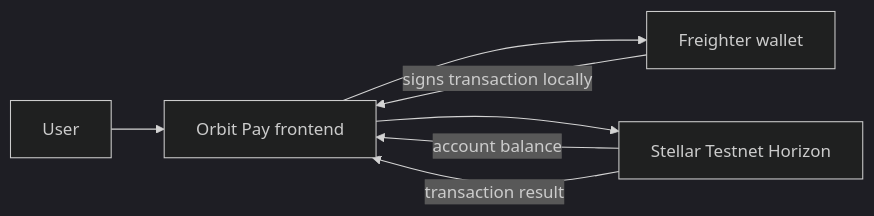
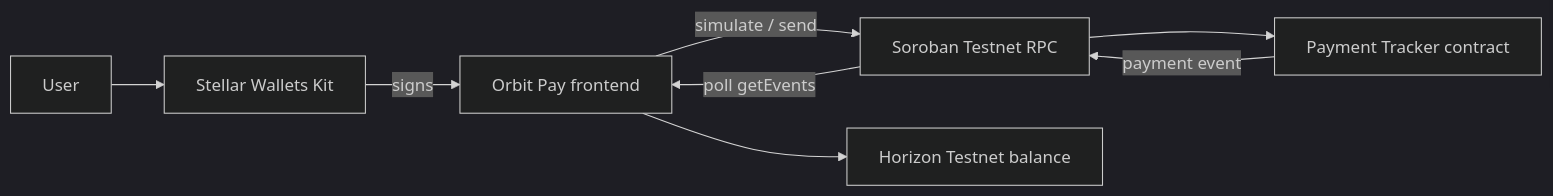
Before and after one commit to Hexdee/orbit-pay: the diagram in README.md, drawn with Mermaid (dark theme). The commit also changed other lines of this file and 2 other files, not shown here.

Commit message:
docs: document Yellow Belt architecture and evidence

````diff
--- a/README.md
+++ b/README.md
@@ -74,9 +80,10 @@
 ```mermaid
 flowchart LR
-  U[User] --> UI[Orbit Pay frontend]
-  UI --> F[Freighter wallet]
-  F -->|signs transaction locally| UI
-  UI --> H[Stellar Testnet Horizon]
-  H -->|account balance| UI
-  H -->|transaction result| UI
+  U[User] --> K[Stellar Wallets Kit]
+  K -->|signs| UI[Orbit Pay frontend]
+  UI -->|simulate / send| RPC[Soroban Testnet RPC]
+  RPC --> C[Payment Tracker contract]
+  C -->|payment event| RPC
+  RPC -->|poll getEvents| UI
+  UI --> H[Horizon Testnet balance]
 ```
````
